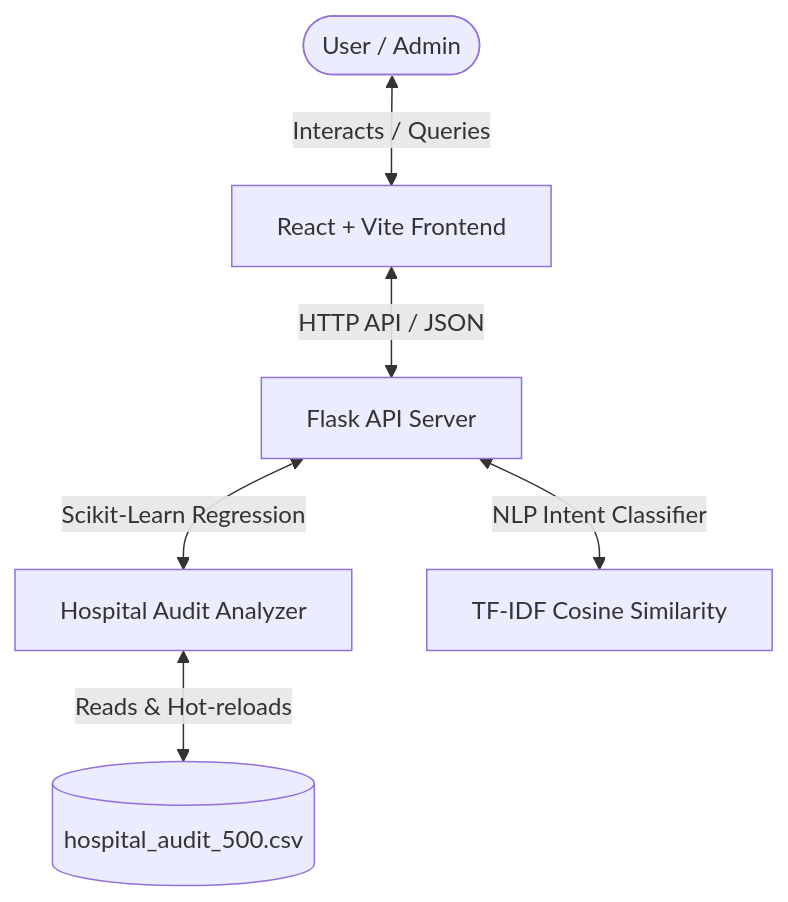
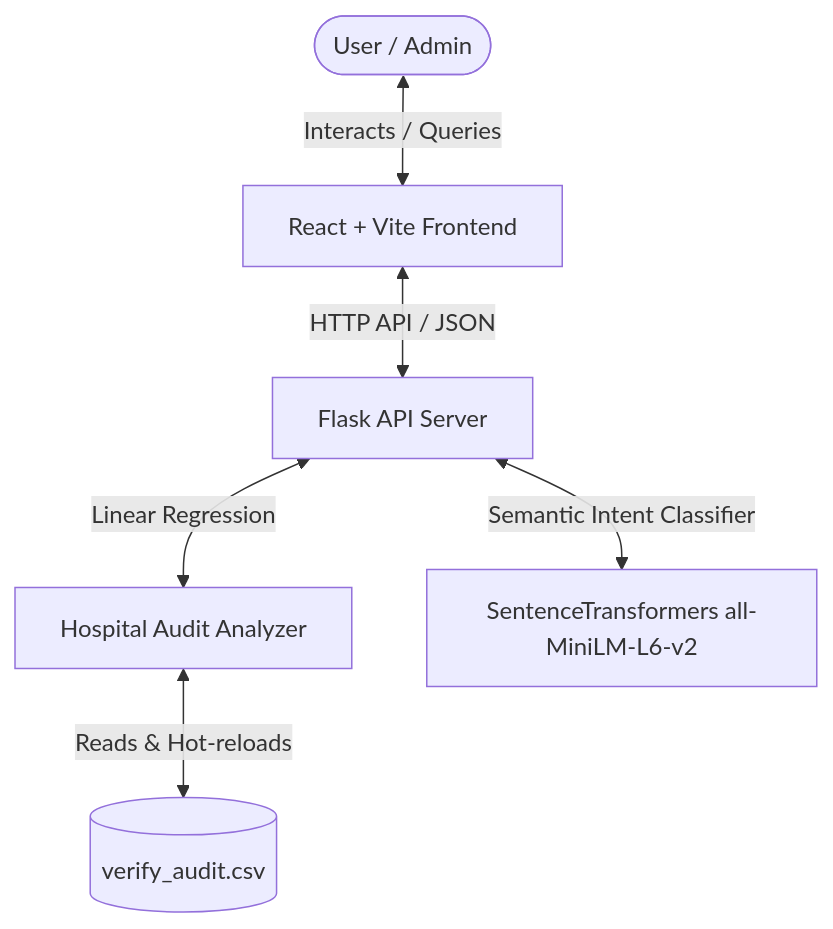
One commit to harshparmar1/Chatbot-demo changed the diagram in README.md. Above: the diagram before and after it, drawn with Mermaid. The commit also changed other lines of this file and 129 other files, not shown here.

````diff
--- a/README.md
+++ b/README.md
@@ -13,8 +11,8 @@
 ```mermaid
 graph TD
     User([User / Admin]) <--> |Interacts / Queries| Frontend[React + Vite Frontend]
     Frontend <--> |HTTP API / JSON| Backend[Flask API Server]
-    Backend <--> |Scikit-Learn Regression| DataAnalyzer[Hospital Audit Analyzer]
-    Backend <--> |NLP Intent Classifier| NLPEngine[TF-IDF Cosine Similarity]
-    DataAnalyzer <--> |Reads & Hot-reloads| CSV[(hospital_audit_500.csv)]
+    Backend <--> |Linear Regression| DataAnalyzer[Hospital Audit Analyzer]
+    Backend <--> |Semantic Intent Classifier| NLPEngine[SentenceTransformers all-MiniLM-L6-v2]
+    DataAnalyzer <--> |Reads & Hot-reloads| CSV[(verify_audit.csv)]
 ```
````
